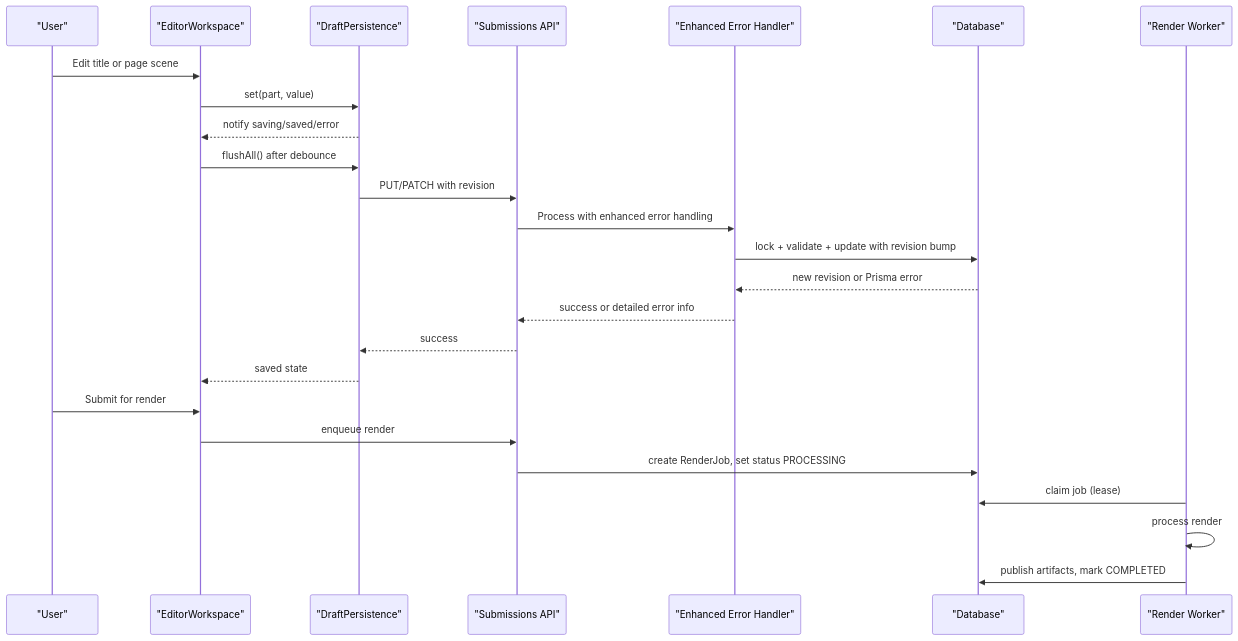
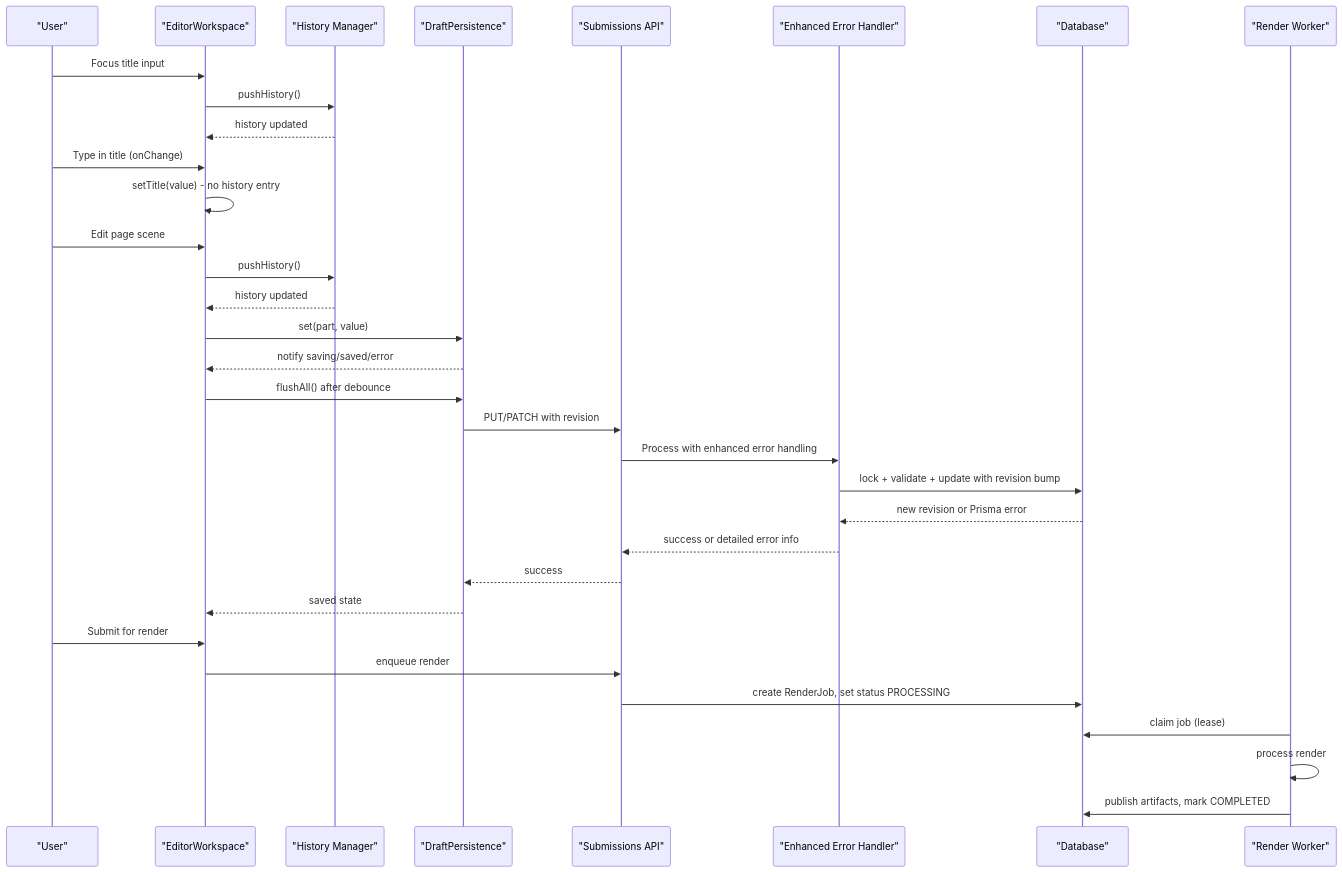
The second of 8 diagrams in .qoder/repowiki/en/content/Architecture Overview/Frontend Architecture/Editor Persistence & Draft Recovery.md (Crowdspender/titchybooks-app), drawn with Mermaid before and after one commit. The commit also changed other lines of this file and 8 other files, not shown here.

````diff
--- a/.qoder/repowiki/en/content/Architecture Overview/Frontend Architecture/Editor Persistence & Draft Recovery.md
+++ b/.qoder/repowiki/en/content/Architecture Overview/Frontend Architecture/Editor Persistence & Draft Recovery.md
@@ -128,27 +137,35 @@
 ```mermaid
 sequenceDiagram
 participant U as "User"
 participant EW as "EditorWorkspace"
+participant HM as "History Manager"
 participant DP as "DraftPersistence"
 participant API as "Submissions API"
 participant ES as "Enhanced Error Handler"
 participant DB as "Database"
 participant WK as "Render Worker"
-U->>EW : Edit title or page scene
+U->>EW : Focus title input
+EW->>HM : pushHistory()
+HM-->>EW : history updated
+U->>EW : Type in title (onChange)
+EW->>EW : setTitle(value) - no history entry
+U->>EW : Edit page scene
+EW->>HM : pushHistory()
+HM-->>EW : history updated
 EW->>DP : set(part, value)
 DP-->>EW : notify saving/saved/error
 EW->>DP : flushAll() after debounce
 DP->>API : PUT/PATCH with revision
 API->>ES : Process with enhanced error handling
 ES->>DB : lock + validate + update with revision bump
 DB-->>ES : new revision or Prisma error
 ES-->>API : success or detailed error info
 API-->>DP : success
 DP-->>EW : saved state
 U->>EW : Submit for render
 EW->>API : enqueue render
 API->>DB : create RenderJob, set status PROCESSING
 WK->>DB : claim job (lease)
 WK->>WK : process render
 WK->>DB : publish artifacts, mark COMPLETED
 ```
````
